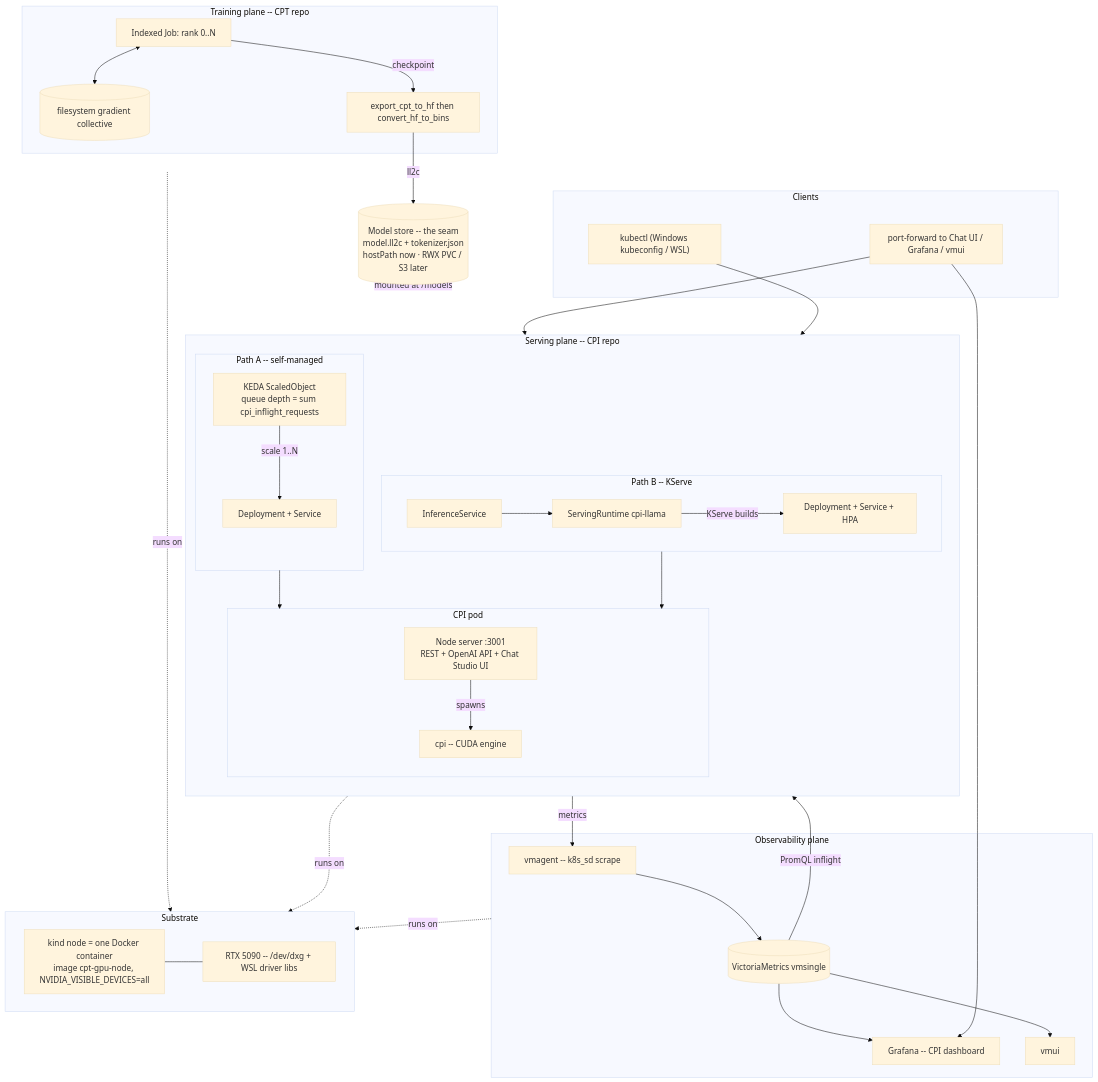
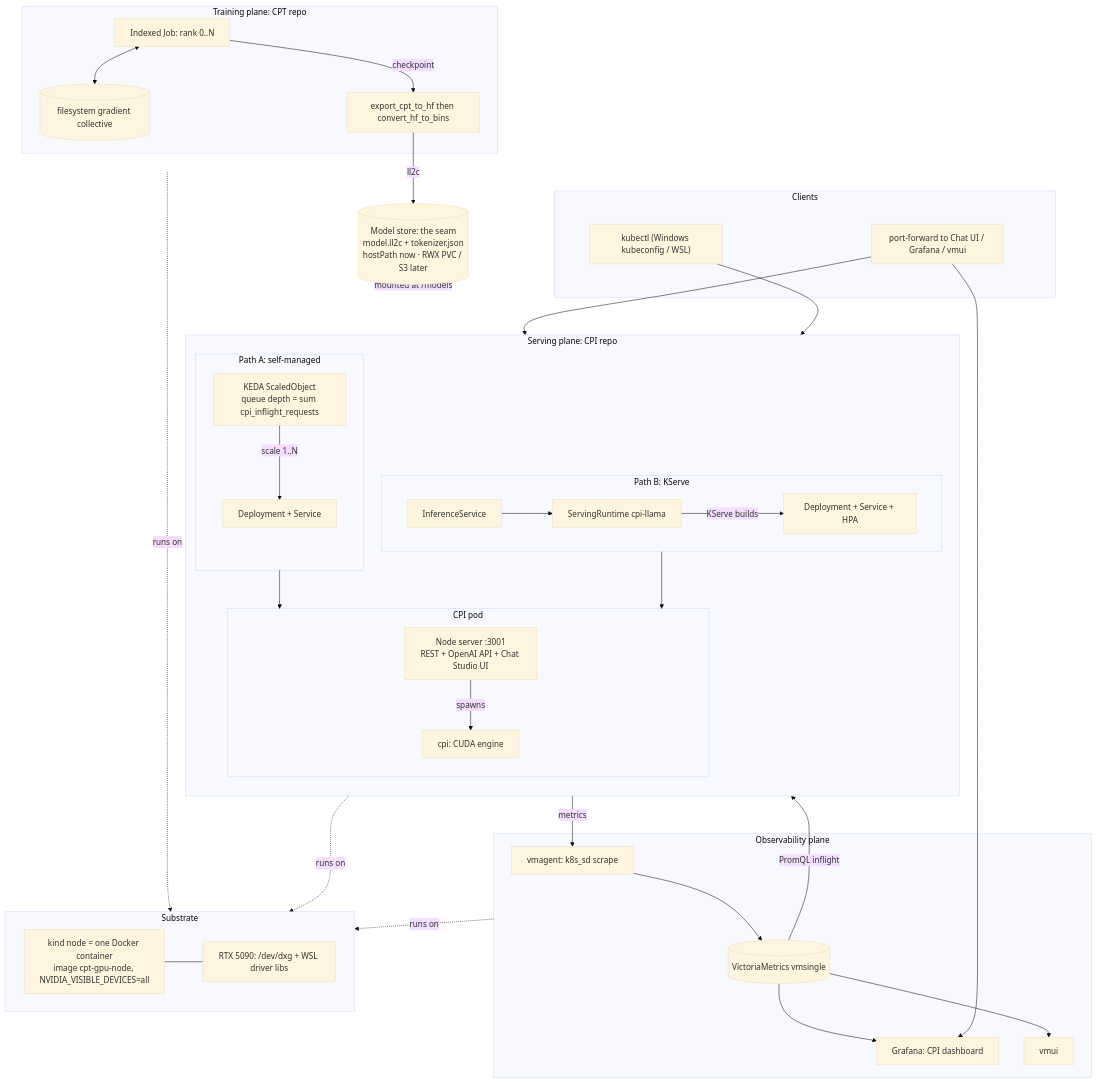
Before and after one commit to kurulav1/cpi: the diagram in deploy/k8s/ARCHITECTURE.md, drawn with Mermaid (base theme). The commit also changed other lines of this file and 83 other files, not shown here.

````diff
--- a/deploy/k8s/ARCHITECTURE.md
+++ b/deploy/k8s/ARCHITECTURE.md
@@ -11,67 +11,67 @@
 ```mermaid
 flowchart TB
   subgraph CLIENT["Clients"]
     KCTL["kubectl (Windows kubeconfig / WSL)"]
     PF["port-forward to Chat UI / Grafana / vmui"]
   end
 
-  subgraph TRAIN["Training plane -- CPT repo"]
+  subgraph TRAIN["Training plane: CPT repo"]
     JOB["Indexed Job: rank 0..N"]
     SYNC[("filesystem gradient collective")]
     JOB <--> SYNC
     EXPORT["export_cpt_to_hf then convert_hf_to_bins"]
     JOB -->|checkpoint| EXPORT
   end
 
-  SEAM[("Model store -- the seam<br/>model.ll2c + tokenizer.json<br/>hostPath now · RWX PVC / S3 later")]
+  SEAM[("Model store: the seam<br/>model.ll2c + tokenizer.json<br/>hostPath now · RWX PVC / S3 later")]
   EXPORT -->|ll2c| SEAM
 
-  subgraph SERVE["Serving plane -- CPI repo"]
+  subgraph SERVE["Serving plane: CPI repo"]
     direction TB
     subgraph POD["CPI pod"]
       WEB["Node server :3001<br/>REST + OpenAI API + Chat Studio UI"]
-      ENGINE["cpi -- CUDA engine"]
+      ENGINE["cpi: CUDA engine"]
       WEB -->|spawns| ENGINE
     end
 
-    subgraph PATHA["Path A -- self-managed"]
+    subgraph PATHA["Path A: self-managed"]
       DEP["Deployment + Service"]
       KEDA["KEDA ScaledObject<br/>queue depth = sum cpi_inflight_requests"]
     end
-    subgraph PATHB["Path B -- KServe"]
+    subgraph PATHB["Path B: KServe"]
       ISVC["InferenceService"]
       RT["ServingRuntime cpi-llama"]
       ISVC --> RT
       RT -->|KServe builds| KDEP["Deployment + Service + HPA"]
     end
     PATHA --> POD
     PATHB --> POD
   end
   SEAM -->|mounted at /models| POD
 
   subgraph OBS["Observability plane"]
-    VMAGENT["vmagent -- k8s_sd scrape"]
+    VMAGENT["vmagent: k8s_sd scrape"]
     VM[("VictoriaMetrics vmsingle")]
-    GRAF["Grafana -- CPI dashboard"]
+    GRAF["Grafana: CPI dashboard"]
     VMUI["vmui"]
     VMAGENT --> VM --> GRAF
     VM --> VMUI
   end
 
   WEB -->|metrics| VMAGENT
   VM -->|PromQL inflight| KEDA
   KEDA -->|scale 1..N| DEP
 
   KCTL --> SERVE
   PF --> WEB
   PF --> GRAF
 
   subgraph SUB["Substrate"]
     KIND["kind node = one Docker container<br/>image cpt-gpu-node, NVIDIA_VISIBLE_DEVICES=all"]
-    GPU["RTX 5090 -- /dev/dxg + WSL driver libs"]
+    GPU["RTX 5090: /dev/dxg + WSL driver libs"]
     KIND --- GPU
   end
   SERVE -.runs on.-> SUB
   TRAIN -.runs on.-> SUB
   OBS -.runs on.-> SUB
 ```
````
